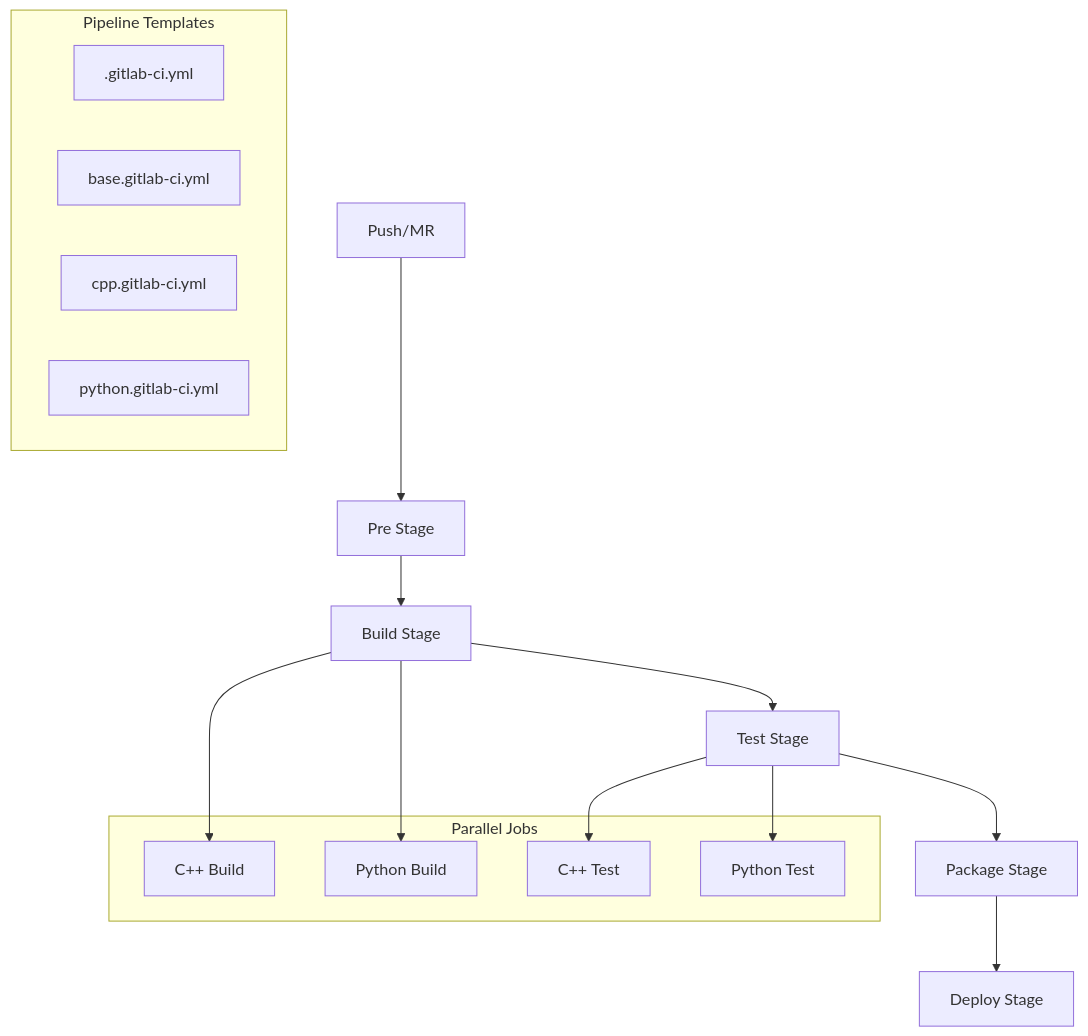
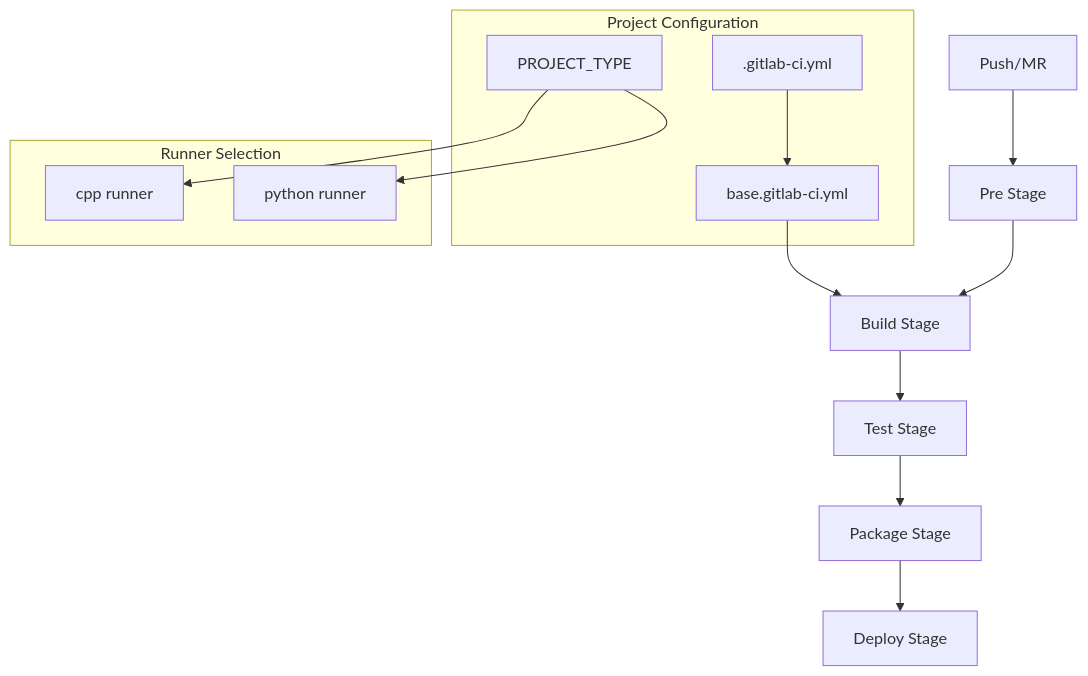
Before and after one commit to jlheater/test-project-123456: the diagram in docs/ci-cd/pipeline-overview.md, drawn with Mermaid. The commit also changed other lines of this file and 11 other files, not shown here.

Commit message:
Enhance documentation for system requirements and build process, including a structured table of contents and updates to makefile usage for C++ and Python projects.

````diff
--- a/docs/ci-cd/pipeline-overview.md
+++ b/docs/ci-cd/pipeline-overview.md
@@ -7,25 +7,23 @@
 ```mermaid
 flowchart TD
     Trigger[Push/MR] --> Pre[Pre Stage]
     Pre --> Build[Build Stage]
     Build --> Test[Test Stage]
     Test --> Package[Package Stage]
     Package --> Deploy[Deploy Stage]
     
-    subgraph Templates["Pipeline Templates"]
-        Base[".gitlab-ci.yml"]
-        Common["base.gitlab-ci.yml"]
-        CPP["cpp.gitlab-ci.yml"]
-        Python["python.gitlab-ci.yml"]
+    subgraph Project["Project Configuration"]
+        Config[".gitlab-ci.yml"]
+        Type["PROJECT_TYPE"]
+        Base["base.gitlab-ci.yml"]
     end
     
-    subgraph Parallel["Parallel Jobs"]
-        CPPBuild["C++ Build"]
-        PyBuild["Python Build"]
-        CPPTest["C++ Test"]
-        PyTest["Python Test"]
+    subgraph Runners["Runner Selection"]
+        CPP["cpp runner"]
+        Python["python runner"]
     end
     
-    Build --> CPPBuild & PyBuild
-    Test --> CPPTest & PyTest
+    Type --> CPP & Python
+    Config --> Base
+    Base --> Build
 ```
````
